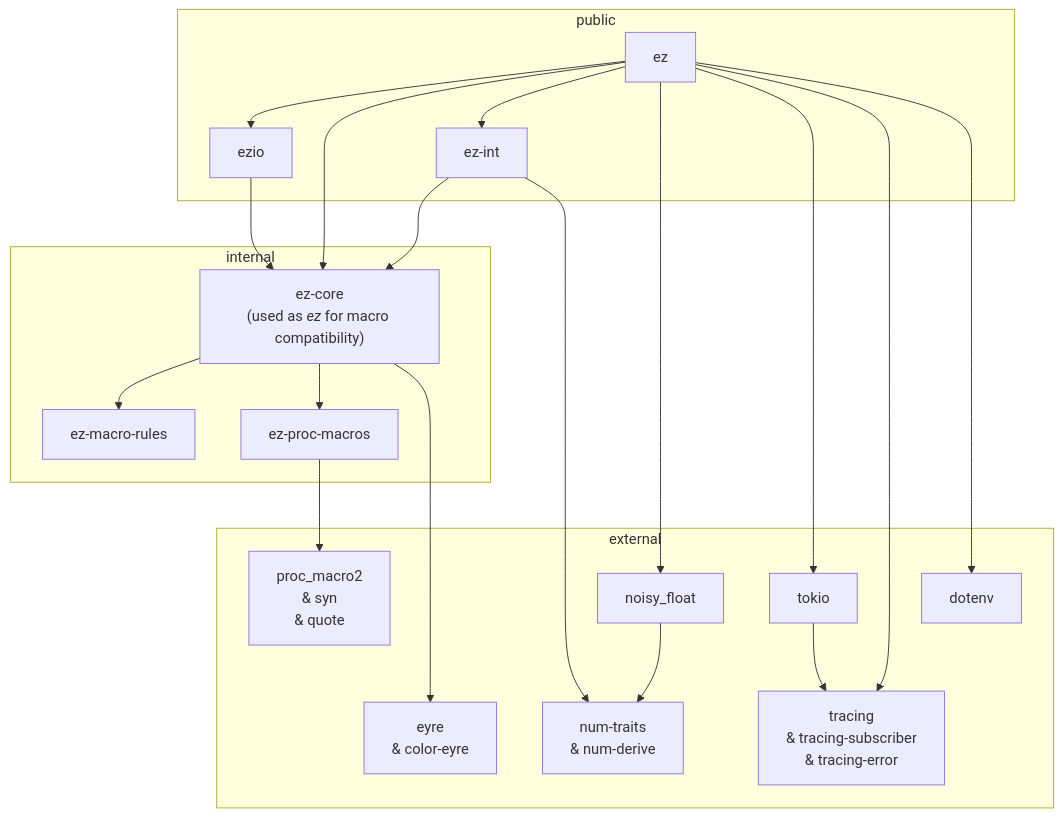
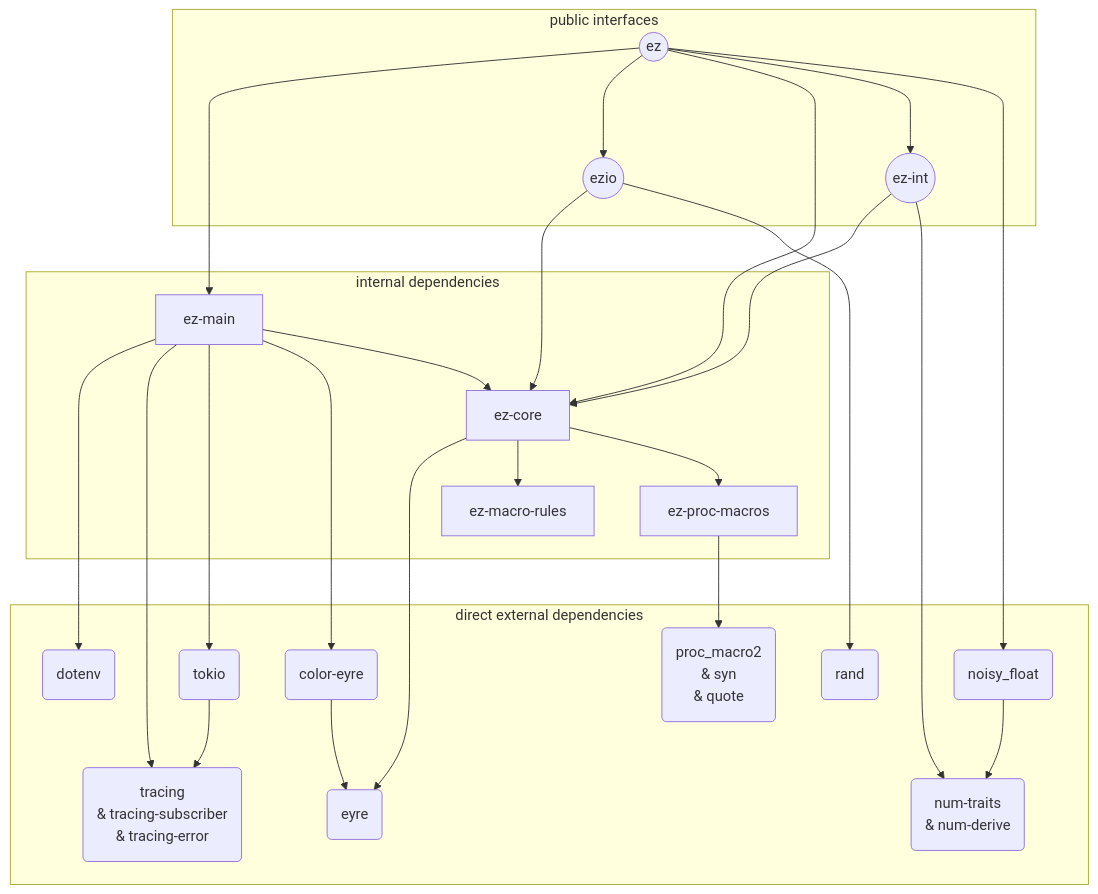
Before and after one commit to jeremyBanks/ez: the diagram in CONTRIBUTING.md, drawn with Mermaid. The commit also changed 1 other file, not shown here.

Commit message:
r142/b4a9/b274

````diff
--- a/CONTRIBUTING.md
+++ b/CONTRIBUTING.md
@@ -5,41 +5,54 @@
 ```mermaid
 graph TD;
-  subgraph public
-    ez
-    ez-int
-    ezio
+  subgraph public interfaces
+    ez((ez))
+    ez-int((ez-int))
+    ezio((ezio))
   end
 
-  subgraph internal
-    ez-core["ez-core<br>(used as <i>ez</i> for macro compatibility)"]
+  subgraph internal dependencies
+    ez-main
+    ez-core
     ez-macro-rules
     ez-proc-macros
   end
 
-  subgraph external
-    eyre["eyre<br>&amp; color-eyre"]
-    noisy_float
-    num-traits["num-traits<br>&amp; num-derive"]
-    proc_macro2["proc_macro2<br>&amp; syn<br>&amp; quote"]
-    tokio
-    tracing["tracing<br>&amp; tracing-subscriber<br>&amp; tracing-error"]
-    dotenv
+  subgraph direct external dependencies
+    rand(rand)
+    eyre(eyre)
+    color-eyre(color-eyre)
+    noisy_float(noisy_float)
+    num-traits("num-traits<br>&amp; num-derive")
+    proc_macro2("proc_macro2<br>&amp; syn<br>&amp; quote")
+    tokio(tokio)
+    tracing("tracing<br>&amp; tracing-subscriber<br>&amp; tracing-error")
+    dotenv(dotenv)
   end
 
-  ez --> ezio
-  ez --> ez-core
-  ez --> ez-int
-  ez --> noisy_float
-  ez --> tokio
-  tokio --> tracing
-  ez --> tracing
+  ez ----> ez-main
+  ez ---> ezio
+  ez ----> ez-core
+  ez ---> ez-int
+  ez ------> noisy_float
+
+  ez-int --> ez-core
+  ez-int ----> num-traits
+
+  ez-main ----> dotenv
+  ez-main ----> tracing
+  ez-main ----> tokio
+  ez-main ----> color-eyre
+  ez-main --> ez-core
+
+  ez-core --> eyre
   ez-core --> ez-macro-rules
   ez-core --> ez-proc-macros
-  ez-core ----> eyre
-  ez-int --> ez-core
-  ez-int --> num-traits
+
+
   ez-proc-macros --> proc_macro2
   ezio --> ez-core
   noisy_float --> num-traits
-  ez --> dotenv
+  tokio --> tracing
+  ezio --> rand
+  color-eyre --> eyre
 ```
````
